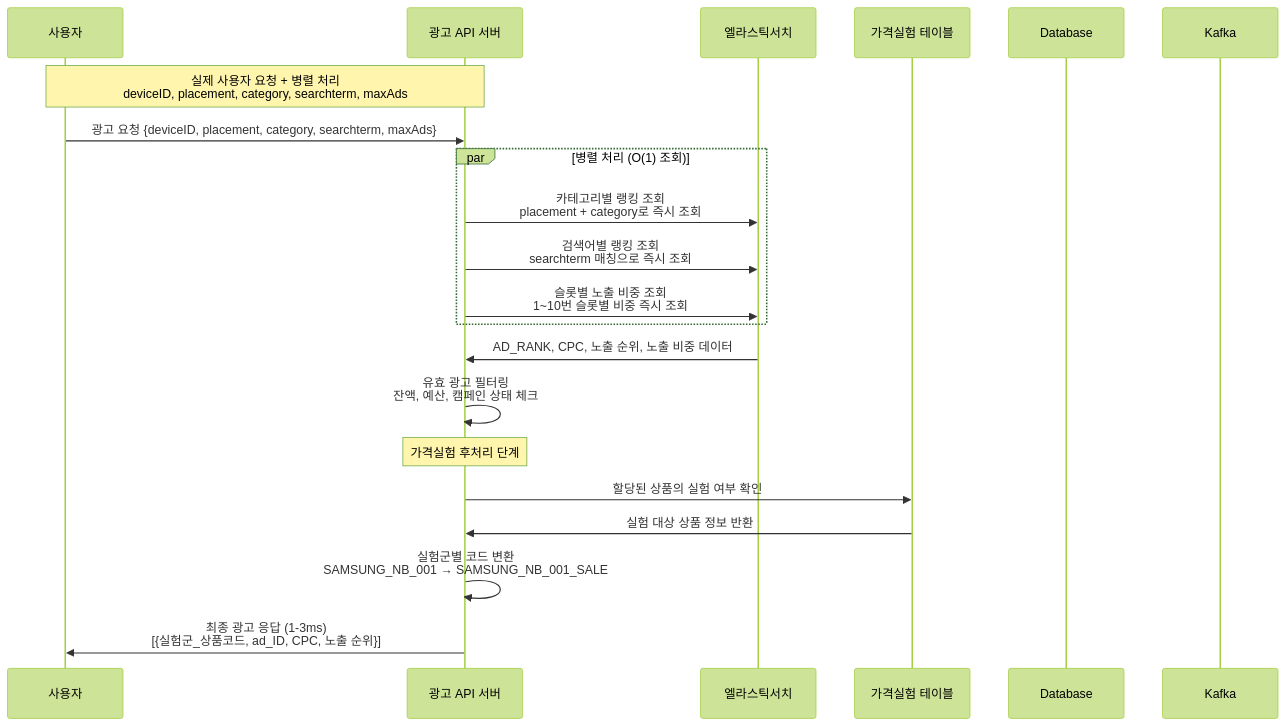
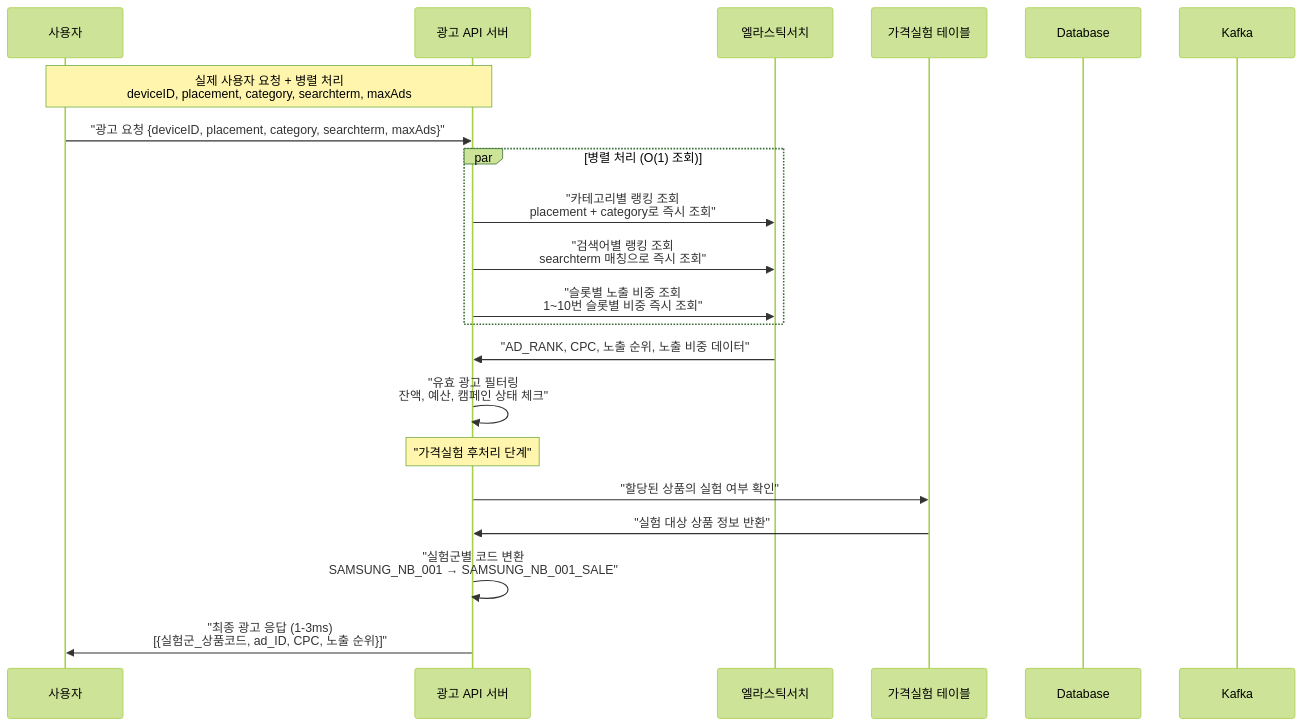
One commit to smk692/advertisement-project changed the fourth of 6 diagrams in docs/2. 설계/2-2. 아키텍처.md. Above: the diagram before and after it, drawn with Mermaid (forest theme). The commit also changed other lines of this file and 3 other files, not shown here.

First line of the commit message:
fix: Mermaid 다이어그램 파싱 에러 수정 - 한글 라벨 따옴표 처리

````diff
--- a/docs/2. 설계/2-2. 아키텍처.md
+++ b/docs/2. 설계/2-2. 아키텍처.md
@@ -233,30 +233,30 @@
 ```mermaid
 sequenceDiagram
     participant U as 사용자
     participant API as 광고 API 서버
     participant ES as 엘라스틱서치
     participant EXP as 가격실험 테이블
     participant DB as Database
     participant K as Kafka
     
     Note over U,API: 실제 사용자 요청 + 병렬 처리<br/>deviceID, placement, category, searchterm, maxAds
     
-    U->>API: 광고 요청 {deviceID, placement, category, searchterm, maxAds}
+    U->>API: "광고 요청 {deviceID, placement, category, searchterm, maxAds}"
     
     par 병렬 처리 (O(1) 조회)
-        API->>ES: 카테고리별 랭킹 조회<br/>placement + category로 즉시 조회
-        API->>ES: 검색어별 랭킹 조회<br/>searchterm 매칭으로 즉시 조회
-        API->>ES: 슬롯별 노출 비중 조회<br/>1~10번 슬롯별 비중 즉시 조회
+        API->>ES: "카테고리별 랭킹 조회<br/>placement + category로 즉시 조회"
+        API->>ES: "검색어별 랭킹 조회<br/>searchterm 매칭으로 즉시 조회"
+        API->>ES: "슬롯별 노출 비중 조회<br/>1~10번 슬롯별 비중 즉시 조회"
     end
     
-    ES->>API: AD_RANK, CPC, 노출 순위, 노출 비중 데이터
+    ES->>API: "AD_RANK, CPC, 노출 순위, 노출 비중 데이터"
     
-    API->>API: 유효 광고 필터링<br/>잔액, 예산, 캠페인 상태 체크
+    API->>API: "유효 광고 필터링<br/>잔액, 예산, 캠페인 상태 체크"
     
-    Note over API: 가격실험 후처리 단계
-    API->>EXP: 할당된 상품의 실험 여부 확인
-    EXP->>API: 실험 대상 상품 정보 반환
-    API->>API: 실험군별 코드 변환<br/>SAMSUNG_NB_001 → SAMSUNG_NB_001_SALE
+    Note over API: "가격실험 후처리 단계"
+    API->>EXP: "할당된 상품의 실험 여부 확인"
+    EXP->>API: "실험 대상 상품 정보 반환"
+    API->>API: "실험군별 코드 변환<br/>SAMSUNG_NB_001 → SAMSUNG_NB_001_SALE"
     
-    API->>U: 최종 광고 응답 (1-3ms)<br/>[{실험군_상품코드, ad_ID, CPC, 노출 순위}]
+    API->>U: "최종 광고 응답 (1-3ms)<br/>[{실험군_상품코드, ad_ID, CPC, 노출 순위}]"
 ```
````
